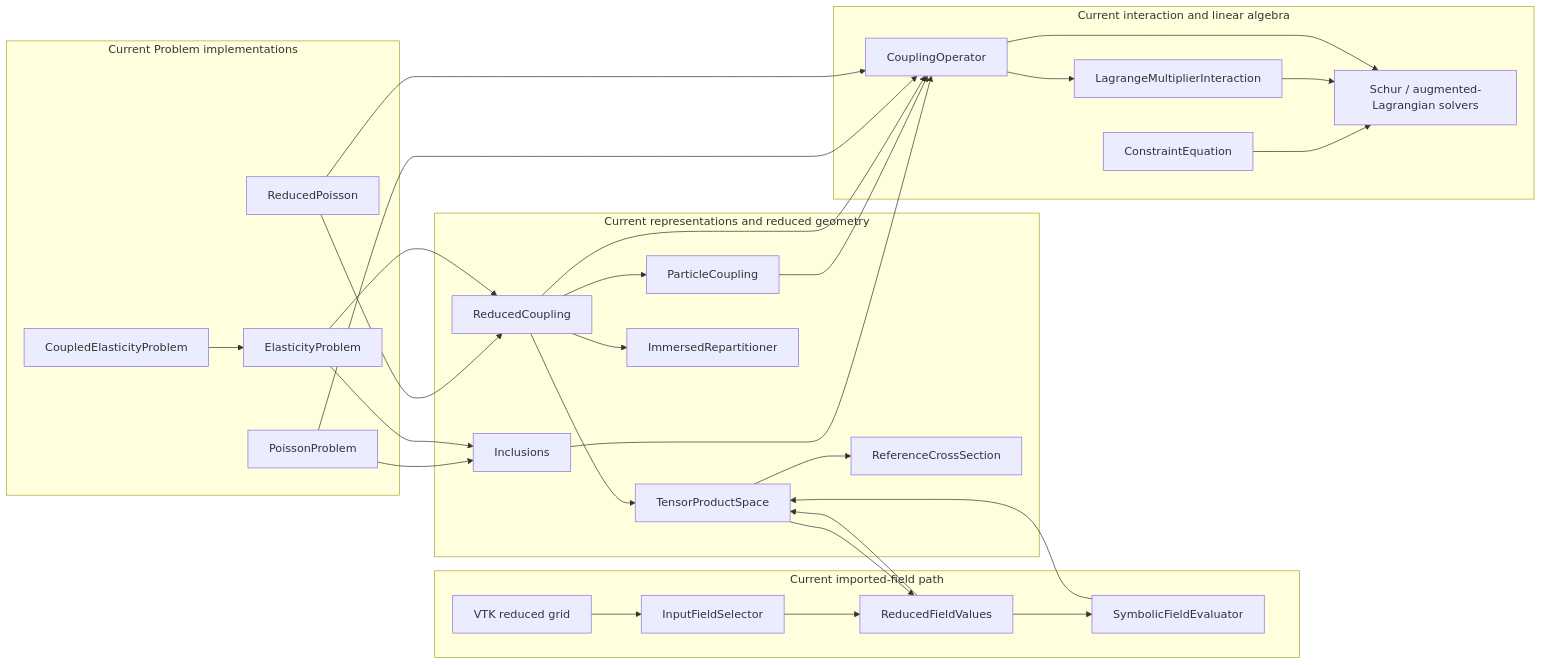
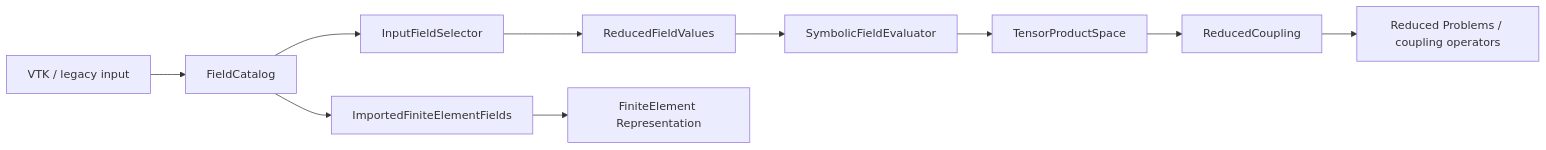
Before and after one commit to luca-heltai/immersx: the second of 2 diagrams in doc/developer/design/current-implementation.md, drawn with Mermaid. The commit also changed other lines of this file and 1 other file, not shown here.

Commit message:
Add CellId regression and current architecture documentation

````diff
--- a/doc/developer/design/current-implementation.md
+++ b/doc/developer/design/current-implementation.md
@@ -15,59 +61,12 @@
 ```{mermaid}
 flowchart LR
-  subgraph problems["Current Problem implementations"]
-    PP["PoissonProblem"]
-    RP["ReducedPoisson"]
-    EP["ElasticityProblem"]
-    CEP["CoupledElasticityProblem"]
-  end
-
-  subgraph representations["Current representations and reduced geometry"]
-    INC["Inclusions"]
-    RC["ReducedCoupling"]
-    TPS["TensorProductSpace"]
-    RCS["ReferenceCrossSection"]
-    PC["ParticleCoupling"]
-    IR["ImmersedRepartitioner"]
-  end
-
-  subgraph inputs["Current imported-field path"]
-    VTK["VTK reduced grid"]
-    IFS["InputFieldSelector"]
-    RFV["ReducedFieldValues"]
-    SEE["SymbolicFieldEvaluator"]
-  end
-
-  subgraph algebra["Current interaction and linear algebra"]
-    CO["CouplingOperator"]
-    LMI["LagrangeMultiplierInteraction"]
-    CE["ConstraintEquation"]
-    AL["Schur / augmented-Lagrangian solvers"]
-  end
-
-  PP --> INC
-  PP --> CO
-  RP --> RC
-  RP --> CO
-  EP --> INC
-  EP --> RC
-  CEP --> EP
-
-  RC --> TPS
-  RC --> PC
-  RC --> IR
-  TPS --> RCS
-  TPS --> RFV
-  VTK --> IFS
-  IFS --> RFV
-  RFV --> SEE
-  RFV --> TPS
-  SEE --> TPS
-
-  INC --> CO
-  PC --> CO
-  RC --> CO
-  CO --> LMI
-  CE --> AL
-  LMI --> AL
-  CO --> AL
+  VTK["VTK / legacy input"] --> C["FieldCatalog"]
+  C --> S["InputFieldSelector"]
+  S --> RFV["ReducedFieldValues"]
+  RFV --> E["SymbolicFieldEvaluator"]
+  E --> TPS["TensorProductSpace"]
+  TPS --> RC["ReducedCoupling"]
+  RC --> P["Reduced Problems / coupling operators"]
+  C --> IFS["ImportedFiniteElementFields"]
+  IFS --> REP["FiniteElement Representation"]
 ```
````
